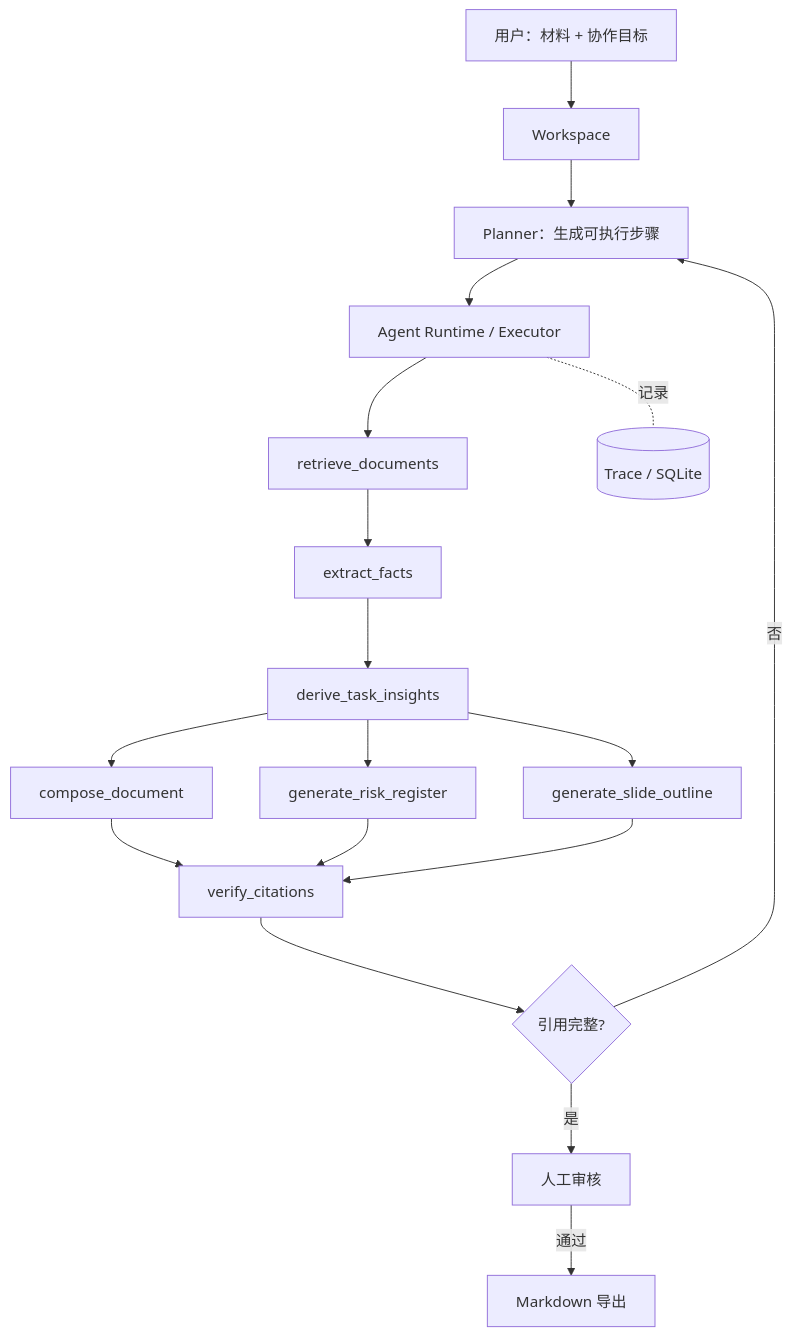
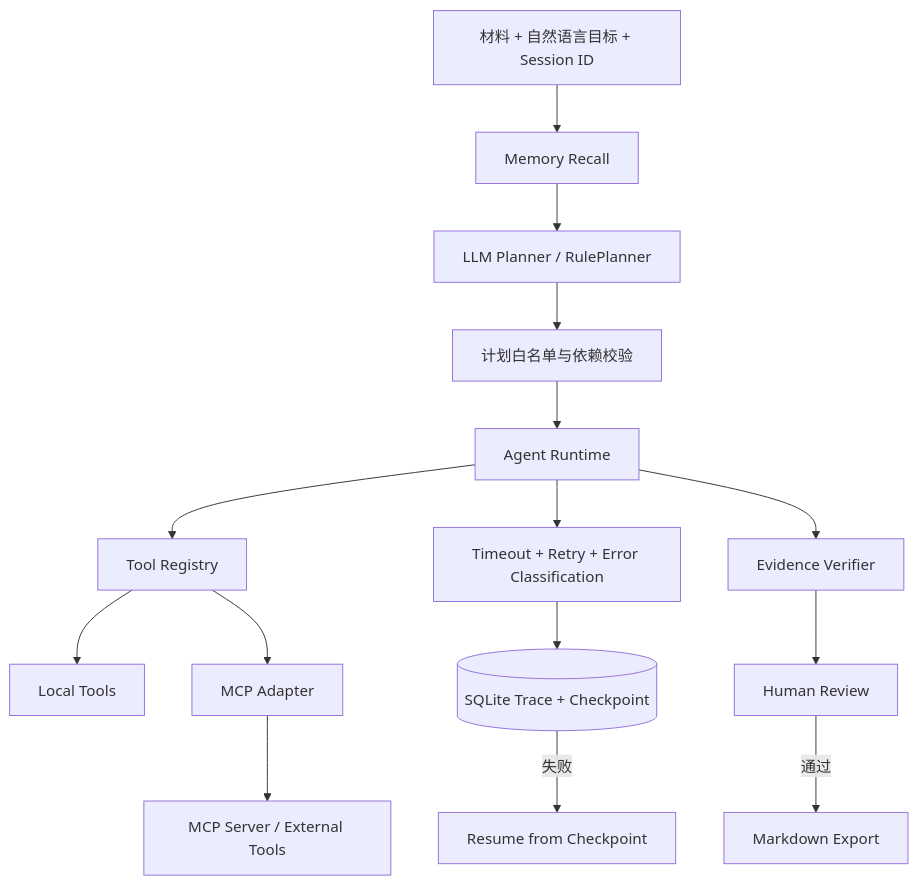
One commit to YanCastroJoe/ai-industry-research-assistant changed the diagram in README.md. Above: the diagram before and after it, drawn with Mermaid. The commit also changed other lines of this file and 17 other files, not shown here.

````diff
--- a/README.md
+++ b/README.md
@@ -19,20 +22,17 @@
 ```mermaid
 flowchart TD
-    A[用户：材料 + 协作目标] --> B[Workspace]
-    B --> C[Planner：生成可执行步骤]
-    C --> D[Agent Runtime / Executor]
-    D --> E[retrieve_documents]
-    E --> F[extract_facts]
-    F --> X[derive_task_insights]
-    X --> G[compose_document]
-    X --> H[generate_risk_register]
-    X --> I[generate_slide_outline]
-    G --> J[verify_citations]
-    H --> J
-    I --> J
-    J --> K{引用完整?}
-    K -->|是| L[人工审核]
-    K -->|否| C
-    L -->|通过| M[Markdown 导出]
-    D -.记录.- N[(Trace / SQLite)]
+    A[材料 + 自然语言目标 + Session ID] --> B[Memory Recall]
+    B --> C[LLM Planner / RulePlanner]
+    C --> D[计划白名单与依赖校验]
+    D --> E[Agent Runtime]
+    E --> F[Tool Registry]
+    F --> G[Local Tools]
+    F --> H[MCP Adapter]
+    H --> I[MCP Server / External Tools]
+    E --> J[Timeout + Retry + Error Classification]
+    J --> K[(SQLite Trace + Checkpoint)]
+    K -->|失败| L[Resume from Checkpoint]
+    E --> M[Evidence Verifier]
+    M --> N[Human Review]
+    N -->|通过| O[Markdown Export]
 ```
````
